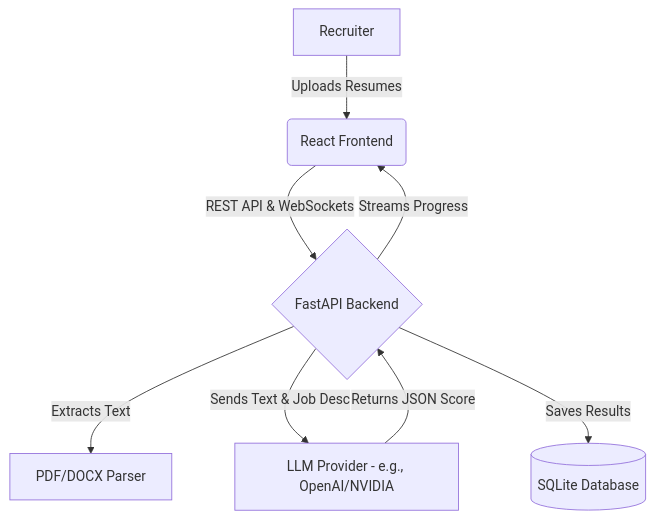
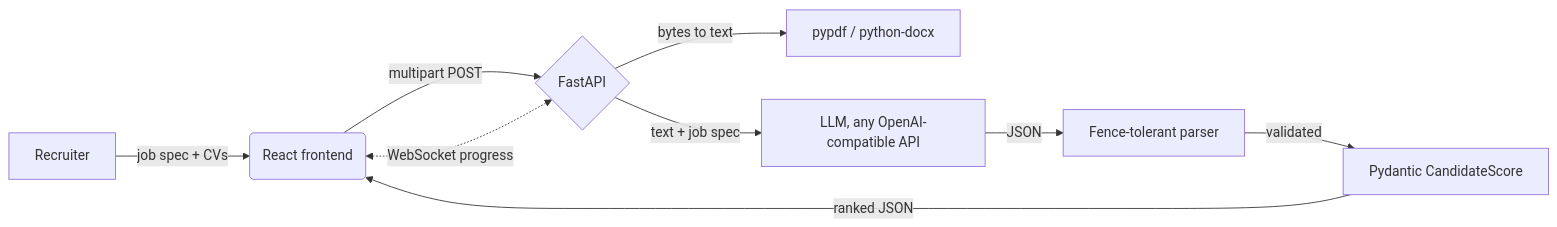
Before and after one commit to StanLeyM07/resumate-ats: the diagram in README.md, drawn with Mermaid. The commit also changed other lines of this file and 11 other files, not shown here.

````diff
--- a/README.md
+++ b/README.md
@@ -28,10 +36,11 @@
 ```mermaid
-graph TD
-    A[Recruiter] -->|Uploads Resumes| B(React Frontend)
-    B -->|REST API & WebSockets| C{FastAPI Backend}
-    C -->|Extracts Text| D[PDF/DOCX Parser]
-    C -->|Sends Text & Job Desc| E[LLM Provider - e.g., OpenAI/NVIDIA]
-    E -->|Returns JSON Score| C
-    C -->|Saves Results| F[(SQLite Database)]
-    C -->|Streams Progress| B
+graph LR
+    A[Recruiter] -->|job spec + CVs| B(React frontend)
+    B -->|multipart POST| C{FastAPI}
+    B <-.->|WebSocket progress| C
+    C -->|bytes to text| D[pypdf / python-docx]
+    C -->|text + job spec| E[LLM, any OpenAI-compatible API]
+    E -->|JSON| F[Fence-tolerant parser]
+    F -->|validated| G[Pydantic CandidateScore]
+    G -->|ranked JSON| B
 ```
````
